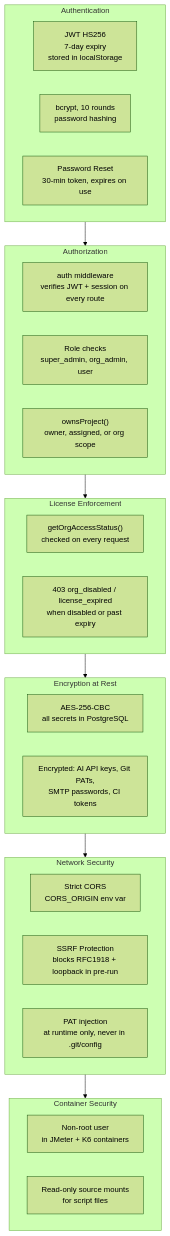
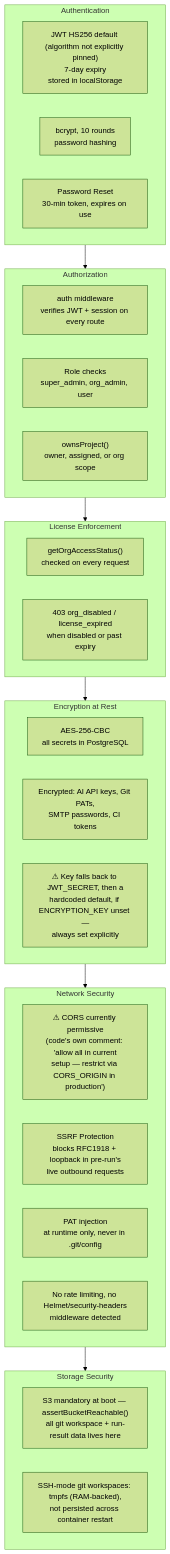
The diagram in docs/images/security-model.mmd (tasleem-zaif/perf-studio), drawn with Mermaid (forest theme) before and after one commit. The commit also changed 20 other files, not shown here.

```diff
--- a/docs/images/security-model.mmd
+++ b/docs/images/security-model.mmd
@@ -1,35 +1,37 @@
 flowchart TB
     subgraph Auth["Authentication"]
-        A1["JWT HS256<br/>7-day expiry<br/>stored in localStorage"]
+        A1["JWT HS256 default (algorithm not explicitly pinned)<br/>7-day expiry<br/>stored in localStorage"]
         A2["bcrypt, 10 rounds<br/>password hashing"]
         A3["Password Reset<br/>30-min token, expires on use"]
     end
 
     subgraph Authz["Authorization"]
         Z1["auth middleware<br/>verifies JWT + session on every route"]
         Z2["Role checks<br/>super_admin, org_admin, user"]
         Z3["ownsProject()<br/>owner, assigned, or org scope"]
     end
 
     subgraph Lic["License Enforcement"]
         L1["getOrgAccessStatus()<br/>checked on every request"]
         L2["403 org_disabled / license_expired<br/>when disabled or past expiry"]
     end
 
     subgraph Enc["Encryption at Rest"]
         E1["AES-256-CBC<br/>all secrets in PostgreSQL"]
         E2["Encrypted: AI API keys, Git PATs,<br/>SMTP passwords, CI tokens"]
+        E3["⚠ Key falls back to JWT_SECRET, then a<br/>hardcoded default, if ENCRYPTION_KEY unset —<br/>always set explicitly"]
     end
 
     subgraph Net["Network Security"]
-        N1["Strict CORS<br/>CORS_ORIGIN env var"]
-        N2["SSRF Protection<br/>blocks RFC1918 + loopback in pre-run"]
+        N1["⚠ CORS currently permissive<br/>(code's own comment: 'allow all in current<br/>setup — restrict via CORS_ORIGIN in production')"]
+        N2["SSRF Protection<br/>blocks RFC1918 + loopback in pre-run's<br/>live outbound requests"]
         N3["PAT injection<br/>at runtime only, never in .git/config"]
+        N4["No rate limiting, no Helmet/security-headers<br/>middleware detected"]
     end
 
-    subgraph Cont["Container Security"]
-        C1["Non-root user<br/>in JMeter + K6 containers"]
-        C2["Read-only source mounts<br/>for script files"]
+    subgraph Store["Storage Security"]
+        S1["S3 mandatory at boot — assertBucketReachable()<br/>all git workspace + run-result data lives here"]
+        S2["SSH-mode git workspaces: tmpfs (RAM-backed),<br/>not persisted across container restart"]
     end
 
-    Auth --> Authz --> Lic --> Enc --> Net --> Cont
+    Auth --> Authz --> Lic --> Enc --> Net --> Store
```
